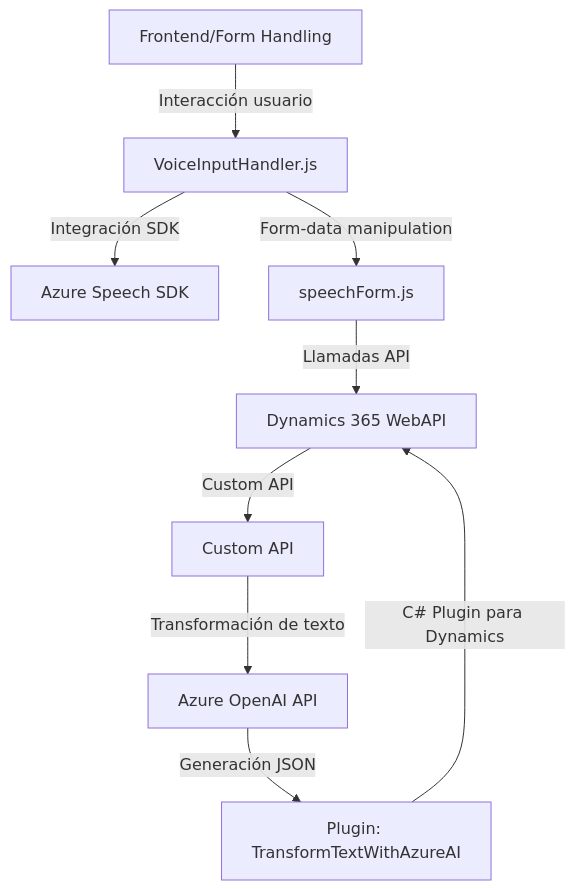
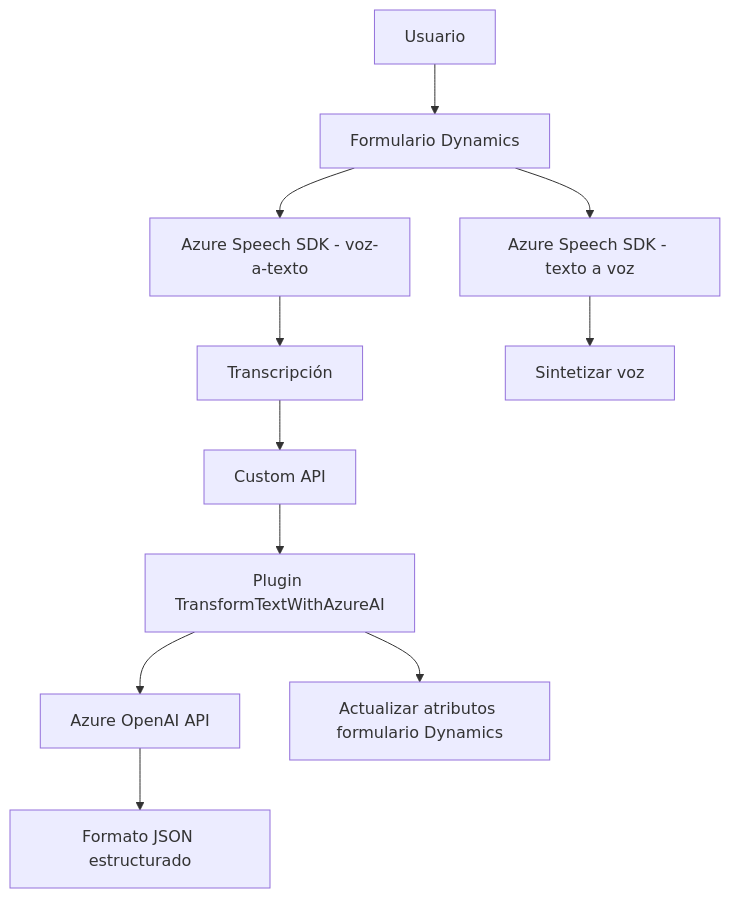
Before and after one commit to blopezdm/NETCORE_BILBAO2025: the diagram in README.md, drawn with Mermaid. The commit also changed other lines of this file, not shown here.

Commit message:
Actualizar análisis global de la solución con IA

````diff
--- a/README.md
+++ b/README.md
@@ -39,11 +56,13 @@
 ```mermaid
 graph TD
-    A["Frontend/Form Handling"] -- Interacción usuario --> B["VoiceInputHandler.js"]
-    B -- Integración SDK --> C["Azure Speech SDK"]
-    B -- Form-data manipulation --> D["speechForm.js"]
-    D -- Llamadas API --> E["Dynamics 365 WebAPI"]
-    E -- Custom API --> F["Custom API"]
-    F -- Transformación de texto --> G["Azure OpenAI API"]
-    G -- Generación JSON --> H["Plugin: TransformTextWithAzureAI"]
-    H -- C# Plugin para Dynamics --> E
+  A["Usuario"] --> B["Formulario Dynamics"]
+  B --> C["Azure Speech SDK - voz-a-texto"]
+  B --> D["Azure Speech SDK - texto a voz"]
+  C --> E["Transcripción"]
+  E --> F["Custom API"]
+  F --> G["Plugin TransformTextWithAzureAI"]
+  G --> H["Azure OpenAI API"]
+  H --> I["Formato JSON estructurado"]
+  G --> J["Actualizar atributos formulario Dynamics"]
+  D --> K["Sintetizar voz"]
 ```
````
